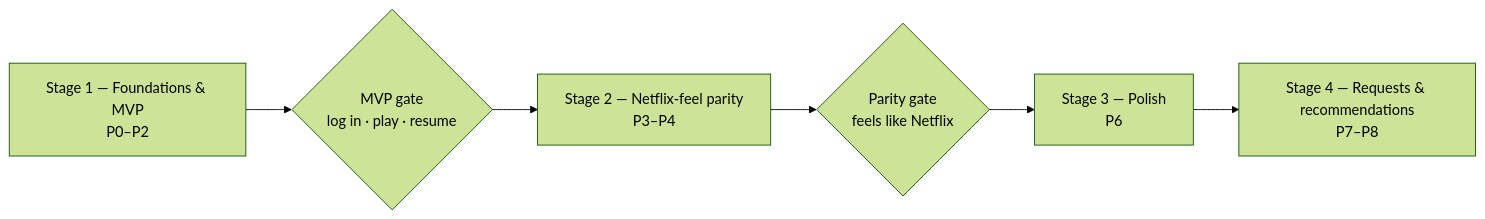
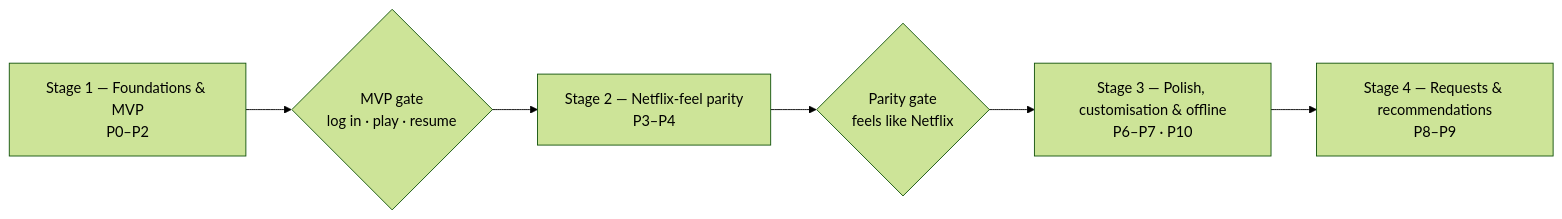
One commit to VibeyFin/VibeyFin changed the first of 2 diagrams in docs/ROADMAP.md. Above: the diagram before and after it, drawn with Mermaid (forest theme). The commit also changed other lines of this file and 77 other files, not shown here.

````diff
--- a/docs/ROADMAP.md
+++ b/docs/ROADMAP.md
@@ -40,6 +40,6 @@
 ```mermaid
 flowchart LR
   A["Stage 1 — Foundations & MVP<br/>P0–P2"] --> G1{"MVP gate<br/>log in · play · resume"}
   G1 --> B["Stage 2 — Netflix-feel parity<br/>P3–P4"] --> G2{"Parity gate<br/>feels like Netflix"}
-  G2 --> C["Stage 3 — Polish<br/>P6"] --> D["Stage 4 — Requests & recommendations<br/>P7–P8"]
+  G2 --> C["Stage 3 — Polish, customisation & offline<br/>P6–P7 · P10"] --> D["Stage 4 — Requests & recommendations<br/>P8–P9"]
 ```
````
